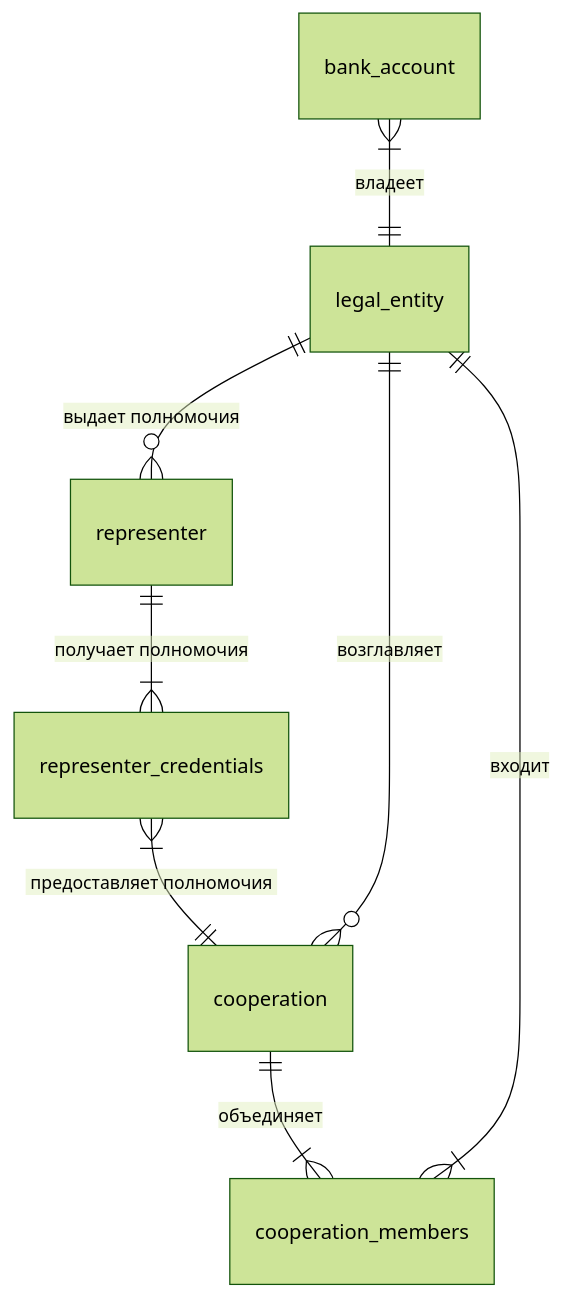
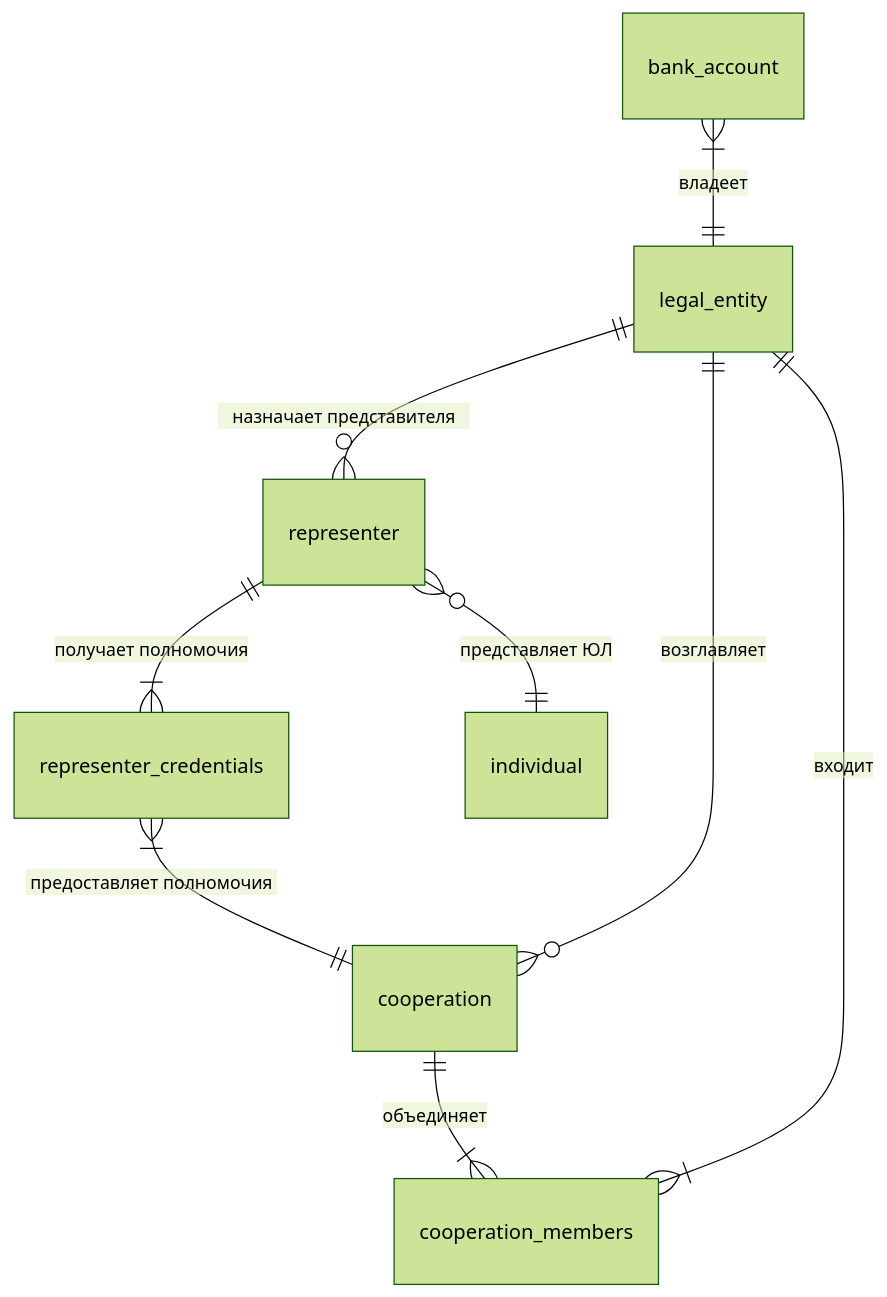
Before and after one commit to oleshko-g/sa_cases: the diagram in corporate_banking/# case.md, drawn with Mermaid (forest theme).

Commit message:
Добавить сущность individual в ERD corporate_banking

````diff
--- a/corporate_banking/# case.md
+++ b/corporate_banking/# case.md
@@ -12,18 +12,20 @@
 ```mermaid
 
 erDiagram
 legal_entity
 representer
 bank_account
 cooperation
 cooperation_members
 representer_credentials
+individual
 
-legal_entity ||--o{ representer : "выдает полномочия"
+legal_entity ||--o{ representer : "назначает представителя"
 bank_account }|--|| legal_entity : "владеет"
 cooperation  }o--|| legal_entity : "возглавляет" 
 cooperation ||--|{ cooperation_members : "объединяет"
 legal_entity ||--|{ cooperation_members : "входит"
 representer ||--|{ representer_credentials : "получает полномочия"
 representer_credentials }|--|| cooperation : "предоставляет полномочия"
+representer }o--|| individual : "представляет ЮЛ"
 ```
````
